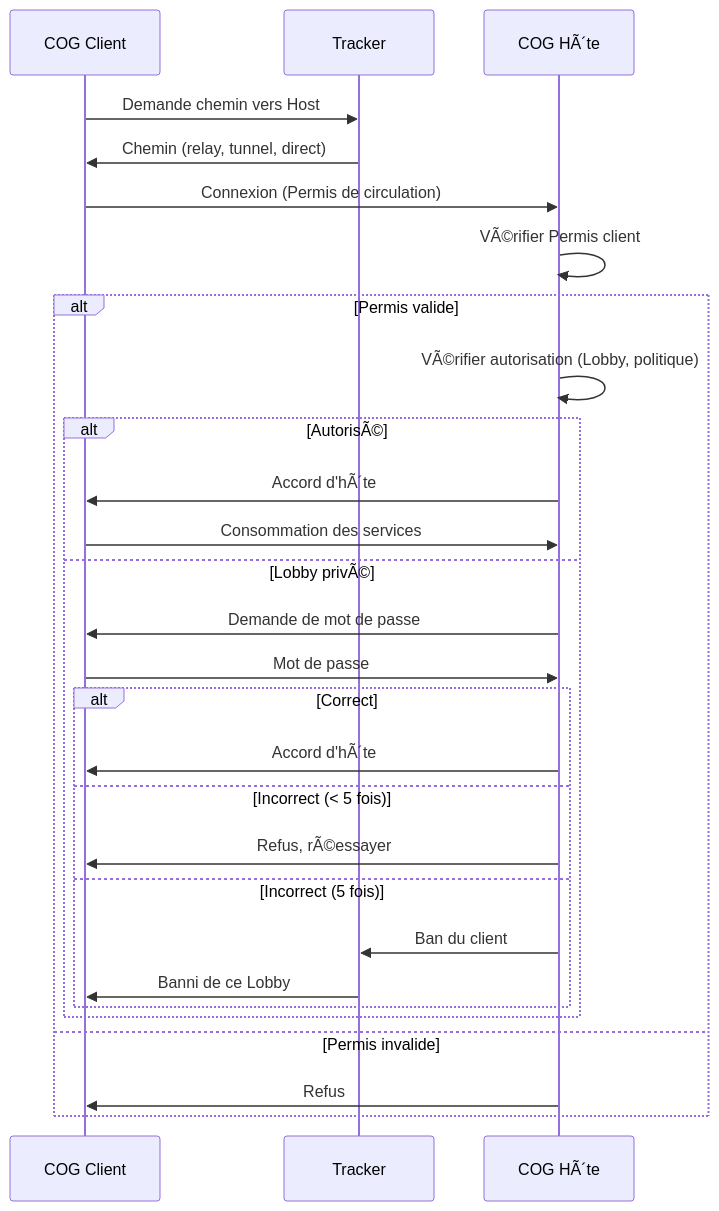
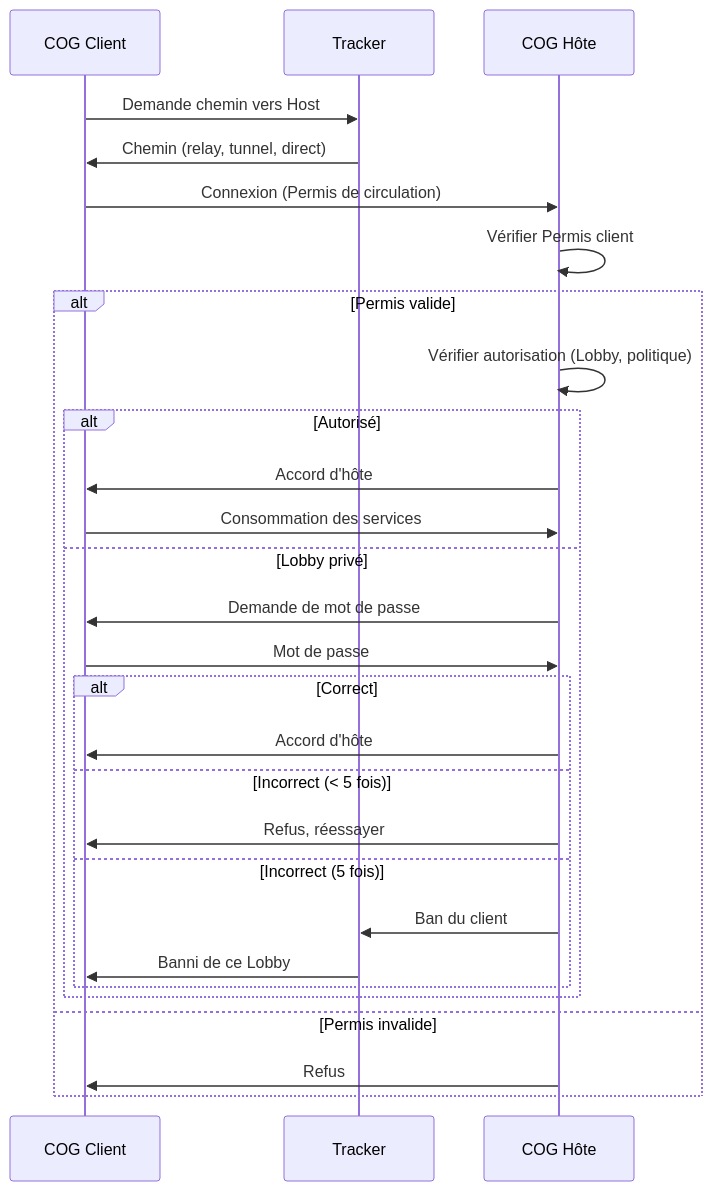
One commit to StudioMiyukini/miyukini_cog changed the fourth of 5 diagrams in docs/miyukini-webway-system/lobbys/MWS - Lobbys Favoris et Amis.md. Above: the diagram before and after it, drawn with Mermaid. The commit also changed other lines of this file and 564 other files, not shown here.

````diff
--- a/docs/miyukini-webway-system/lobbys/MWS - Lobbys Favoris et Amis.md
+++ b/docs/miyukini-webway-system/lobbys/MWS - Lobbys Favoris et Amis.md
@@ -182,31 +182,31 @@
 ```mermaid
 sequenceDiagram
     participant Client as COG Client
     participant T as Tracker
-    participant Host as COG HÃ´te
+    participant Host as COG Hôte
 
     Client->>T: Demande chemin vers Host
     T->>Client: Chemin (relay, tunnel, direct)
     Client->>Host: Connexion (Permis de circulation)
-    Host->>Host: VÃ©rifier Permis client
+    Host->>Host: Vérifier Permis client
     alt Permis valide
-        Host->>Host: VÃ©rifier autorisation (Lobby, politique)
-        alt AutorisÃ©
-            Host->>Client: Accord d'hÃ´te
+        Host->>Host: Vérifier autorisation (Lobby, politique)
+        alt Autorisé
+            Host->>Client: Accord d'hôte
             Client->>Host: Consommation des services
-        else Lobby privÃ©
+        else Lobby privé
             Host->>Client: Demande de mot de passe
             Client->>Host: Mot de passe
             alt Correct
-                Host->>Client: Accord d'hÃ´te
+                Host->>Client: Accord d'hôte
             else Incorrect (< 5 fois)
-                Host->>Client: Refus, rÃ©essayer
+                Host->>Client: Refus, réessayer
             else Incorrect (5 fois)
                 Host->>T: Ban du client
                 T->>Client: Banni de ce Lobby
             end
         end
     else Permis invalide
         Host->>Client: Refus
     end
 ```
````
